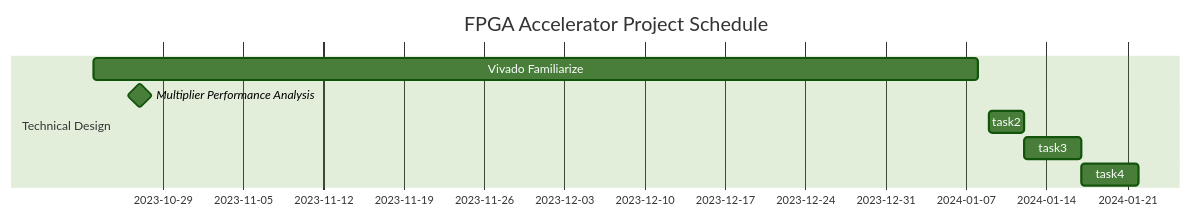
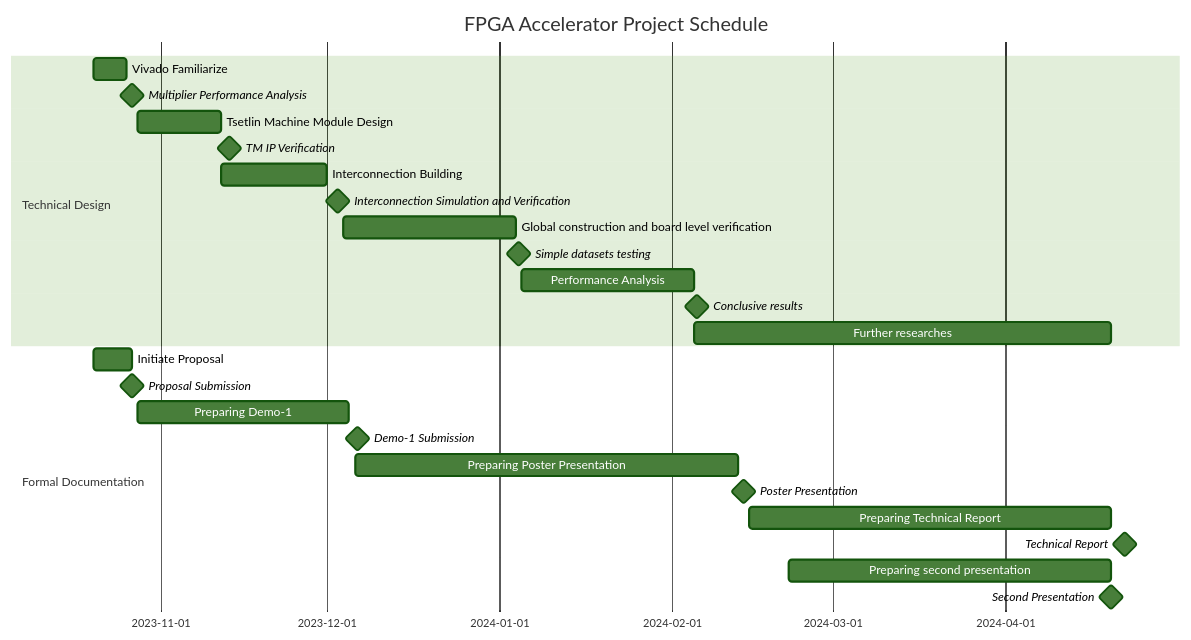
The diagram in docs/NOTES/Stage_3/Projects_Proposal.md (Ziyu-Tian/ziyu-tian.github.io), drawn with Mermaid (forest theme) before and after one commit. The commit also changed other lines of this file, not shown here.

Commit message:
final -update

````diff
--- a/docs/NOTES/Stage_3/Projects_Proposal.md
+++ b/docs/NOTES/Stage_3/Projects_Proposal.md
@@ -56,15 +56,72 @@
 ```mermaid
 gantt
     dateFormat  YYYY-MM-DD
     title       FPGA Accelerator Project Schedule 
     excludes    
 
     section Technical Design
-    Vivado Familiarize                     : des1, 2023-10-23,2024-01-08
+    Vivado Familiarize                     : a1, 2023-10-20,2023-10-26
+
     Multiplier Performance Analysis        :milestone, 2023-10-27, 0d
-    task2                     :         des2, 2024-01-09, 3d
-    task3                     :         des3, after des2, 5d
-    task4                     :         des4, after des3, 5d
+
+    Tsetlin Machine Module Design                            :         a2, 2023-10-28,2023-11-12
+
+    TM IP Verification:    milestone, 2023-11-15
+
+    Interconnection Building:                     :         a3, 2023-11-12, 2023-12-01
+
+    Interconnection Simulation and  Verification                     : milestone, 2023-12-03, 0d
+
+    Global construction and board level verification: a4, 2023-12-04, 2024-01-04
+
+    Simple datasets testing: milestone, after a4, 1d
+
+    Performance Analysis: pa1, 2024-01-05,2024-02-05
+
+    Conclusive results: milestone, after pa1, 1d 
+
+    Further researches: further1, 2024-02-05, 2024-04-20
+
+
+    section Formal Documentation 
+
+    Initiate Proposal    :  proposal1,2023-10-20,2023-10-27
+
+    Proposal Submission :  milestone, after proposal1, 0d
+
+    Preparing Demo-1: demo1,2023-10-28,2023-12-05
+
+    Demo-1 Submission: milestone, after demo1, 3d
+
+    Preparing Poster Presentation: post1,2023-12-06,2024-02-13
+
+    Poster Presentation: milestone, after post1,2d 
+
+    Preparing Technical Report: report, 2024-02-15, 2024-04-20
+
+    Technical Report: milestone, after report, 5d 
+
+    Preparing second presentation: demo2,2024-02-22, 2024-04-20
+
+    Second Presentation: milestone, after demo2, 0d 
+
+
+
+
+
+
+
+
+
+
+
+
+
+
+
+
+
+
 
 
 ```
````
